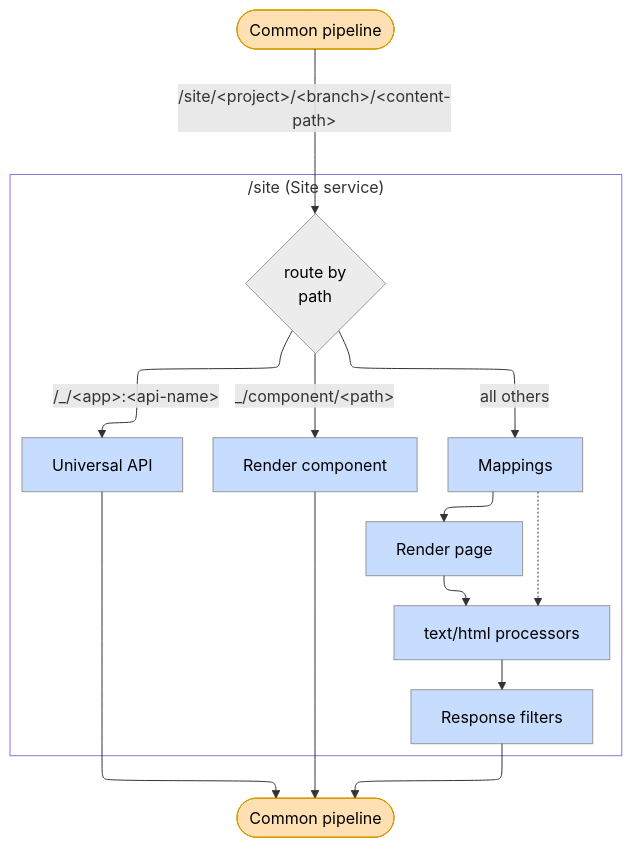
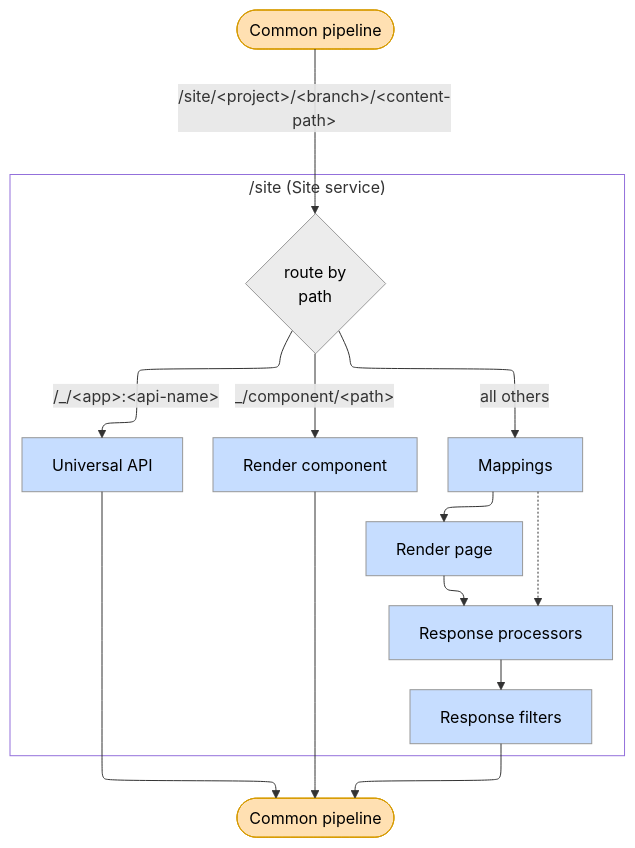
Before and after one commit to enonic/doc-code: the diagram in docs/web/images/.site-pipeline.mmd, drawn with Mermaid. The commit also changed 7 other files, not shown here.

```diff
--- a/docs/web/images/.site-pipeline.mmd
+++ b/docs/web/images/.site-pipeline.mmd
@@ -1,44 +1,44 @@
 ---
 config:
   layout: elk
   elk:
     nodePlacementStrategy: NETWORK_SIMPLEX
 ---
 flowchart TB
   in(["Common pipeline"])
 
   subgraph site["/site (Site service)"]
     direction TB
     route{"route by<br/>path"}
     map["Mappings"]
     uapi["Universal API"]
     rendercomp["Render component"]
     render["Render page"]
-    htmlfilters["text/html processors"]
+    htmlfilters["Response processors"]
     mappedfilters["Response filters"]
 
     route -->|"_/component/&lt;path&gt;"| rendercomp
     route -->|"/_/&lt;app&gt;:&lt;api-name&gt;"| uapi
     route -->|"all others"| map
 
     map --> render
     map -.-> htmlfilters
     render --> htmlfilters
     htmlfilters --> mappedfilters
   end
 
   out(["Common pipeline"])
 
   in -->|"/site/&lt;project&gt;/&lt;branch&gt;/&lt;content-path&gt;"| route
   mappedfilters --> out
   rendercomp --> out
   uapi --> out
 
   classDef platform fill:#ECECEC,stroke:#999,color:#000;
   classDef programmable fill:#C6DDFF,stroke:#979797,color:#000;
   classDef endpoint fill:#FFE0B2,stroke:#D79B00,color:#000;
   class route platform;
   class map,uapi,rendercomp,render,htmlfilters,mappedfilters programmable;
   class in,out endpoint;
 
   style site fill:transparent,stroke:#9370DB;
```
